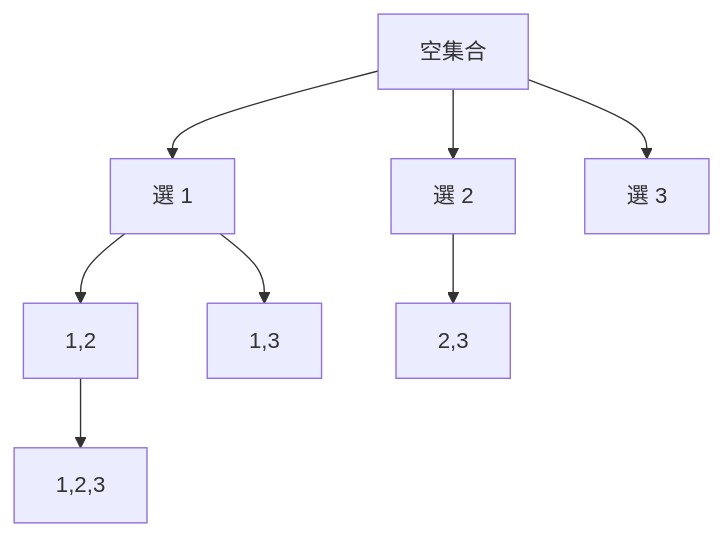
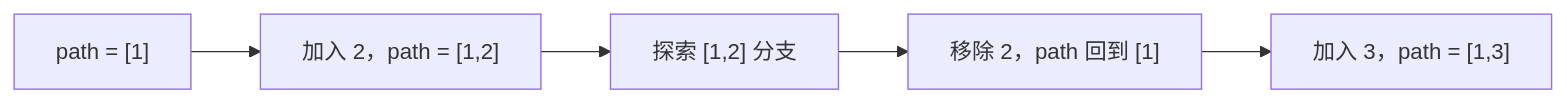
The second of 5 diagrams in 05_recursion_backtracking/22_backtracking.md (davidchen0970/algorithm_note), drawn with Mermaid before and after one commit. The commit also changed other lines of this file and 1 other file, not shown here.

````diff
--- a/05_recursion_backtracking/22_backtracking.md
+++ b/05_recursion_backtracking/22_backtracking.md
@@ -85,10 +288,7 @@
 ```mermaid
-graph TD
-    A[空集合] --> B[選 1]
-    A --> C[選 2]
-    A --> D[選 3]
-    B --> E[1,2]
-    B --> F[1,3]
-    E --> G[1,2,3]
-    C --> H[2,3]
+flowchart LR
+    A["path = [1]"] --> B["加入 2，path = [1,2]"]
+    B --> C["探索 [1,2] 分支"]
+    C --> D["移除 2，path 回到 [1]"]
+    D --> E["加入 3，path = [1,3]"]
 ```
````
